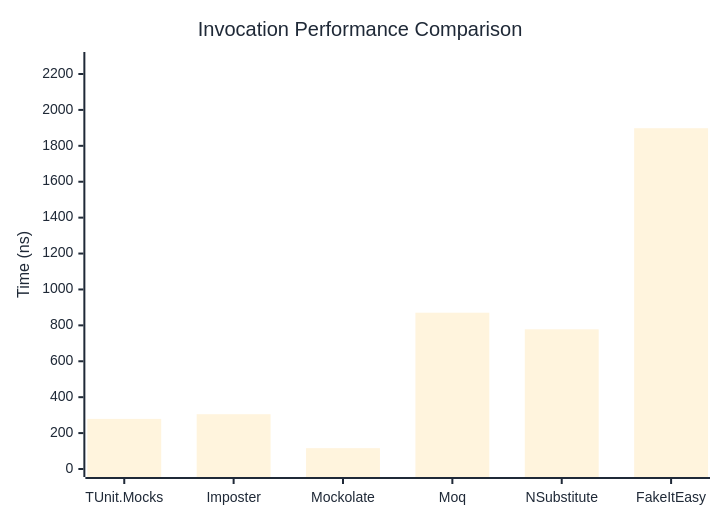
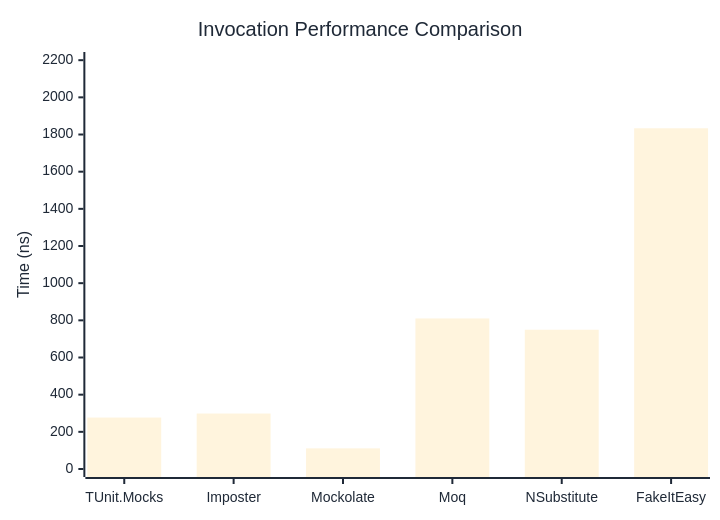
Before and after one commit to thomhurst/TUnit: the first of 3 diagrams in docs/docs/benchmarks/mocks/Invocation.md, drawn with Mermaid. The commit also changed other lines of this file and 14 other files, not shown here.

````diff
--- a/docs/docs/benchmarks/mocks/Invocation.md
+++ b/docs/docs/benchmarks/mocks/Invocation.md
@@ -30,27 +30,27 @@
 ```mermaid
 %%{init: {
   'theme':'base',
   'themeVariables': {
     'primaryColor': '#2563eb',
     'primaryTextColor': '#1f2937',
     'primaryBorderColor': '#1e40af',
     'lineColor': '#6b7280',
     'secondaryColor': '#7c3aed',
     'tertiaryColor': '#dc2626',
     'background': '#ffffff',
     'pie1': '#2563eb',
     'pie2': '#7c3aed',
     'pie3': '#dc2626',
     'pie4': '#f59e0b',
     'pie5': '#10b981',
     'pie6': '#06b6d4',
     'pie7': '#ec4899',
     'pie8': '#6366f1'
   }
 }}%%
 xychart-beta
   title "Invocation Performance Comparison"
   x-axis ["TUnit.Mocks", "Imposter", "Mockolate", "Moq", "NSubstitute", "FakeItEasy"]
-  y-axis "Time (ns)" 0 --> 2278
-  bar [279, 305.1, 116.1, 870.5, 778.1, 1898.1]
+  y-axis "Time (ns)" 0 --> 2201
+  bar [276.9, 298.5, 111.1, 810.2, 749.4, 1833.6]
 ```
````
